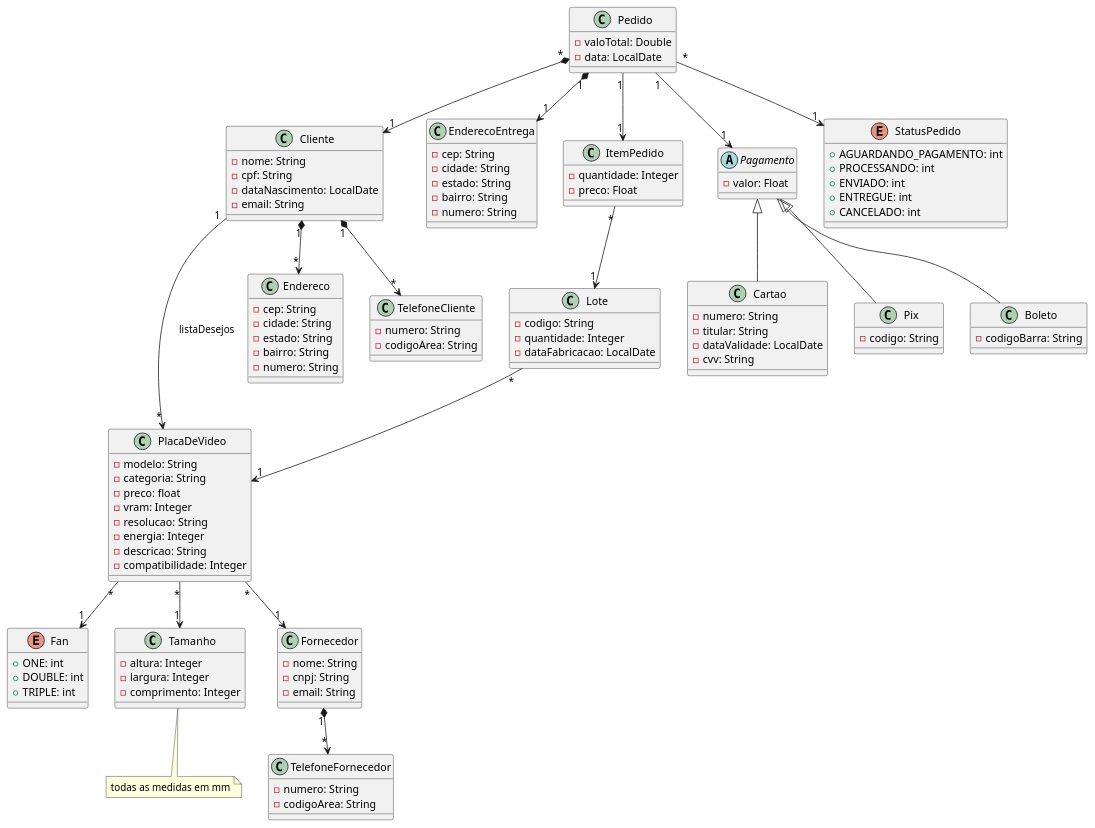
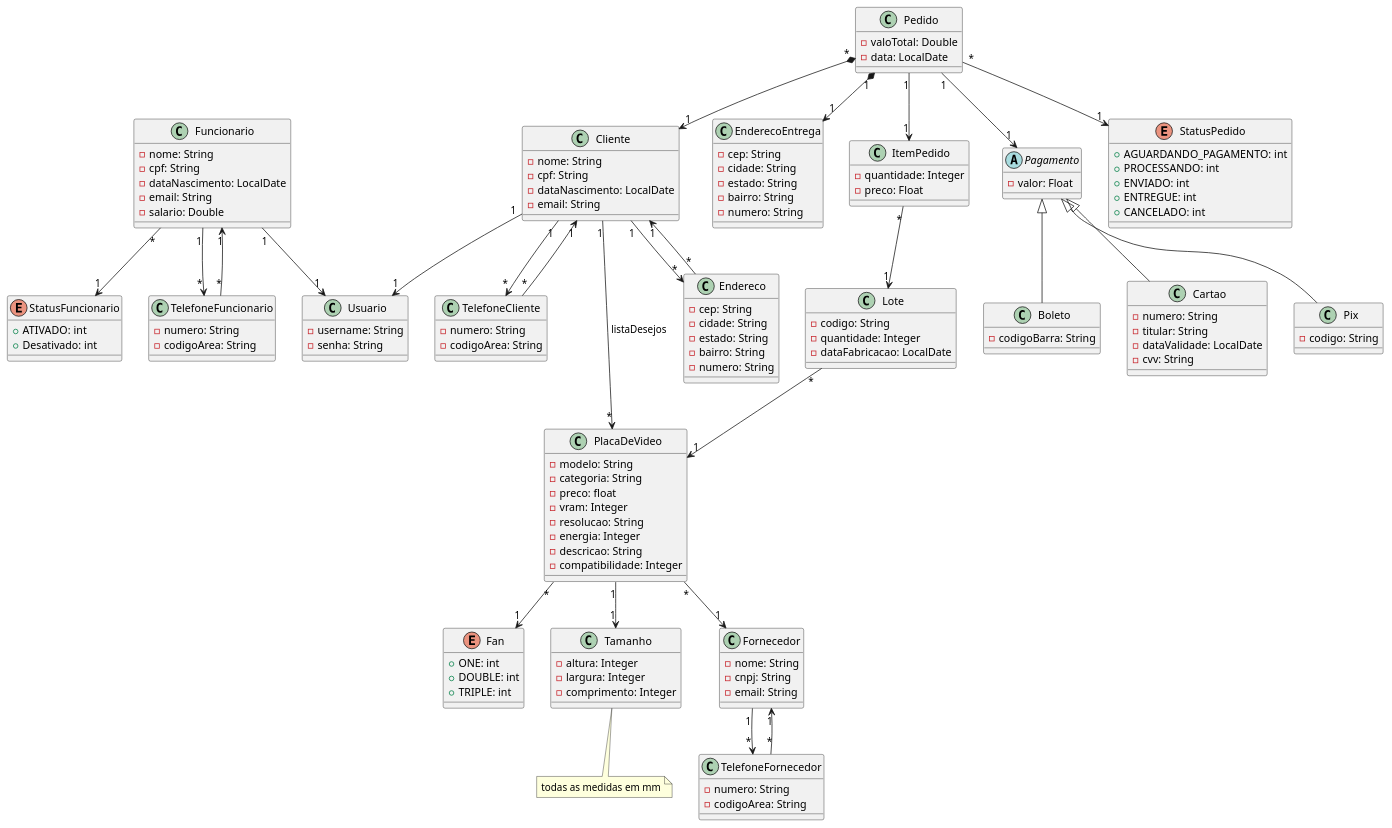
Before and after one commit to aleksoncastro/placadevideo-tp1-quarkus: the diagram in src/main/resources/PlacaDeVideo.plantuml, drawn with PlantUML. The commit also changed 51 other files, not shown here.

Commit message:
Criação de Funcionario e finalização de Usuario

```diff
--- a/src/main/resources/PlacaDeVideo.plantuml
+++ b/src/main/resources/PlacaDeVideo.plantuml
@@ -1,133 +1,168 @@
 class PlacaDeVideo{
     - modelo: String
     - categoria: String
     - preco: float
     - vram: Integer
     - resolucao: String
     - energia: Integer
     - descricao: String
     - compatibilidade: Integer
 }
 
 enum Fan{
     + ONE: int
     + DOUBLE: int 
     + TRIPLE: int
 }
 
 class Tamanho{
     - altura: Integer
     - largura: Integer
     - comprimento: Integer
 }
 
 class Fornecedor{
     - nome: String
     - cnpj: String
     - email: String
 }
 
 class Cliente{
     - nome: String
     - cpf: String
     - dataNascimento: LocalDate
     - email: String 
 }
 
 class Endereco{
     - cep: String
     - cidade: String
     - estado: String
     - bairro: String
     - numero: String
 }
 
 class EnderecoEntrega{
     - cep: String
     - cidade: String
     - estado: String
     - bairro: String
     - numero: String
 }
 
 class Lote {
     - codigo: String
     - quantidade: Integer
     - dataFabricacao: LocalDate
 }
 
 class ItemPedido{
     - quantidade: Integer
     - preco: Float
 }
 
 class Pedido{
     - valoTotal: Double
     - data: LocalDate
 }
 
 class Cartao extends Pagamento {
     - numero: String
     - titular: String
     - dataValidade: LocalDate
     - cvv: String
 }
 
 class Pix extends Pagamento {
     - codigo: String
 }
 
 class Boleto extends Pagamento {
     - codigoBarra: String
 }
 
 abstract class Pagamento{
     - valor: Float
 }
 
 enum StatusPedido{
     + AGUARDANDO_PAGAMENTO: int
     + PROCESSANDO: int
     + ENVIADO: int
     + ENTREGUE: int
     + CANCELADO: int 
 }
 
 class TelefoneCliente{
     - numero: String
     - codigoArea: String
 }
 
 class TelefoneFornecedor{
     - numero: String 
     - codigoArea: String
 }
 
+class Funcionario{
+    - nome: String
+    - cpf: String
+    - dataNascimento: LocalDate
+    - email: String
+    - salario: Double
+}
+
+class TelefoneFuncionario{
+    - numero: String
+    - codigoArea: String
+}
+
+class Usuario{
+    - username: String
+    - senha: String
+}
+
+enum StatusFuncionario{
+    + ATIVADO: int
+    + Desativado: int
+}
+
 ' RELACIONAMENTOS
 PlacaDeVideo "*" --> "1" Fornecedor
-PlacaDeVideo "*" --> "1" Tamanho
+PlacaDeVideo "1" --> "1" Tamanho
 PlacaDeVideo "*" --> "1" Fan
 
 Lote "*" --> "1" PlacaDeVideo 
 
-Fornecedor "1" *--> "*" TelefoneFornecedor
+Fornecedor "1" --> "*" TelefoneFornecedor
 
-ItemPedido "*" --> "1" Lote
+Funcionario "1" --> "*" TelefoneFuncionario
+Funcionario  "1" --> "1" Usuario
+Funcionario "*" --> "1" StatusFuncionario
 
-Cliente "1" *--> "*" Endereco
+Cliente "1" --> "*" Endereco
 Cliente "1" --> "*" PlacaDeVideo : listaDesejos
-Cliente "1" *--> "*" TelefoneCliente
+Cliente "1" --> "*" TelefoneCliente
+Cliente "1" --> "1" Usuario
+
+Endereco "*" --> "1" Cliente
+
+TelefoneCliente "*" --> "1" Cliente 
+
+TelefoneFornecedor "*" --> "1" Fornecedor
+
+TelefoneFuncionario "*" --> "1" Funcionario
 
 Pedido "1" --> "1" ItemPedido
 Pedido "1" *--> "1" EnderecoEntrega
 Pedido "*" *--> "1" Cliente
 Pedido "1" --> "1" Pagamento
 Pedido "*" --> "1" StatusPedido
 
+ItemPedido "*" --> "1" Lote
 ' ANOTACOES
 
 note bottom of Tamanho: todas as medidas em mm
 
 
 
 @enduml
```
